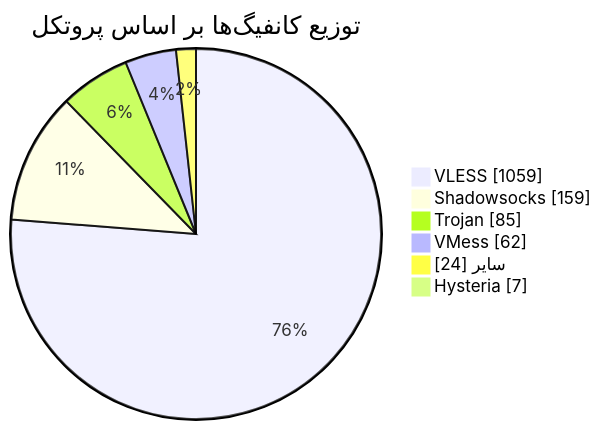
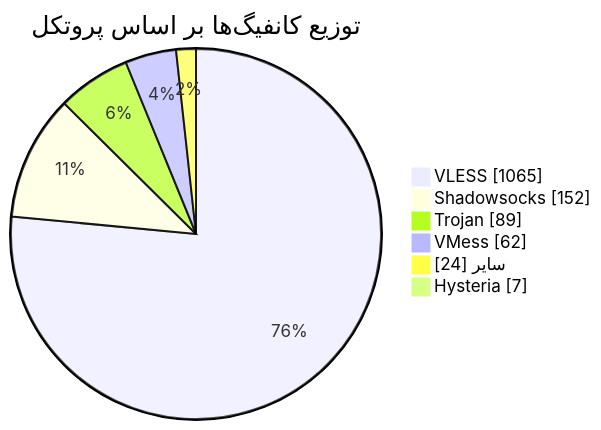
One commit to Arian-Alijani/Somthing changed the diagram in README.md. Above: the diagram before and after it, drawn with Mermaid. The commit also changed other lines of this file and 93 other files, not shown here.

````diff
--- a/README.md
+++ b/README.md
@@ -50,10 +50,10 @@
 ```mermaid
 pie showData
     title توزیع کانفیگ‌ها بر اساس پروتکل
-    "VLESS" : 1059
-    "Shadowsocks" : 159
-    "Trojan" : 85
+    "VLESS" : 1065
+    "Shadowsocks" : 152
+    "Trojan" : 89
     "VMess" : 62
     "سایر" : 24
     "Hysteria" : 7
 ```
````
